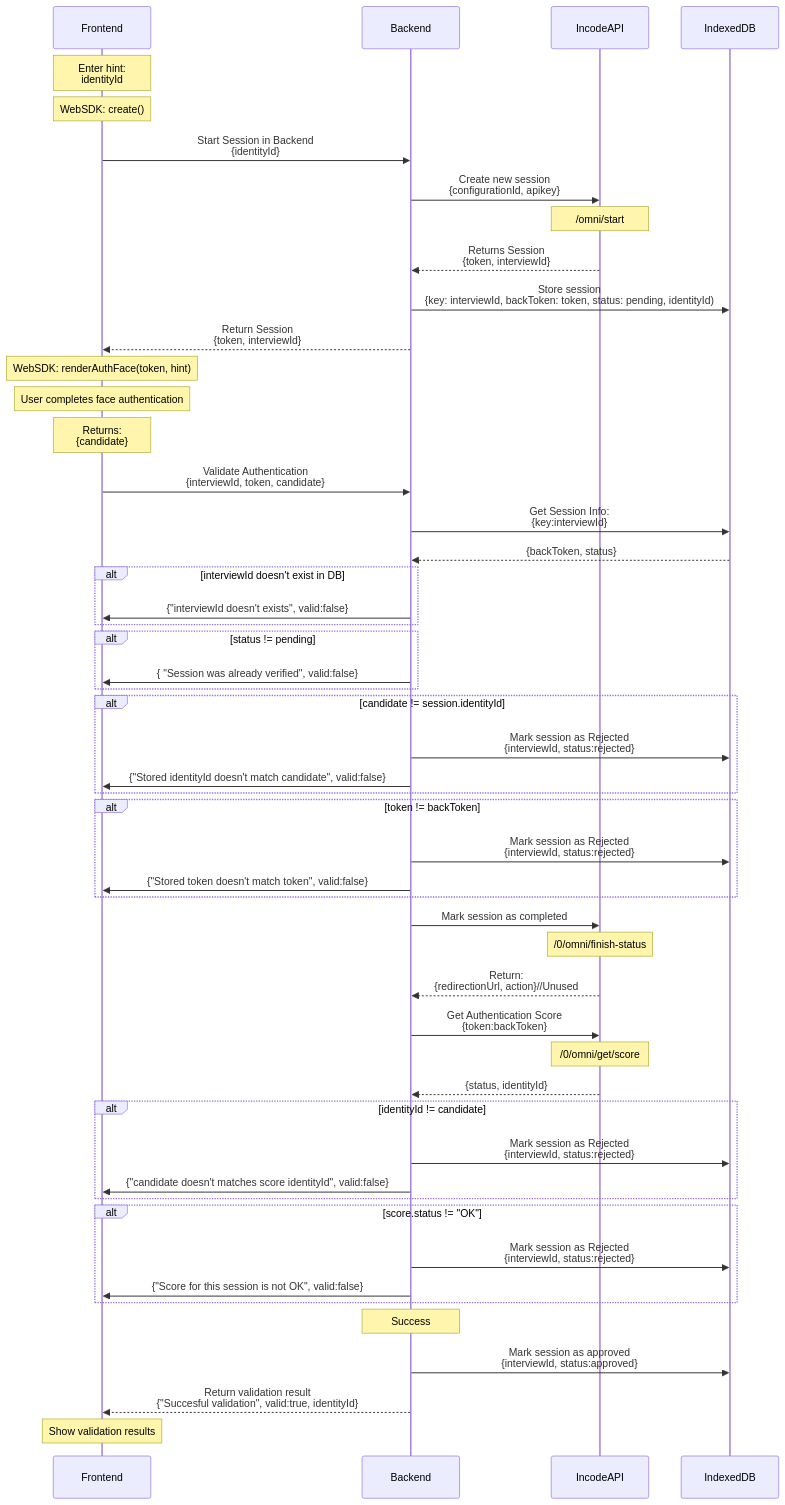
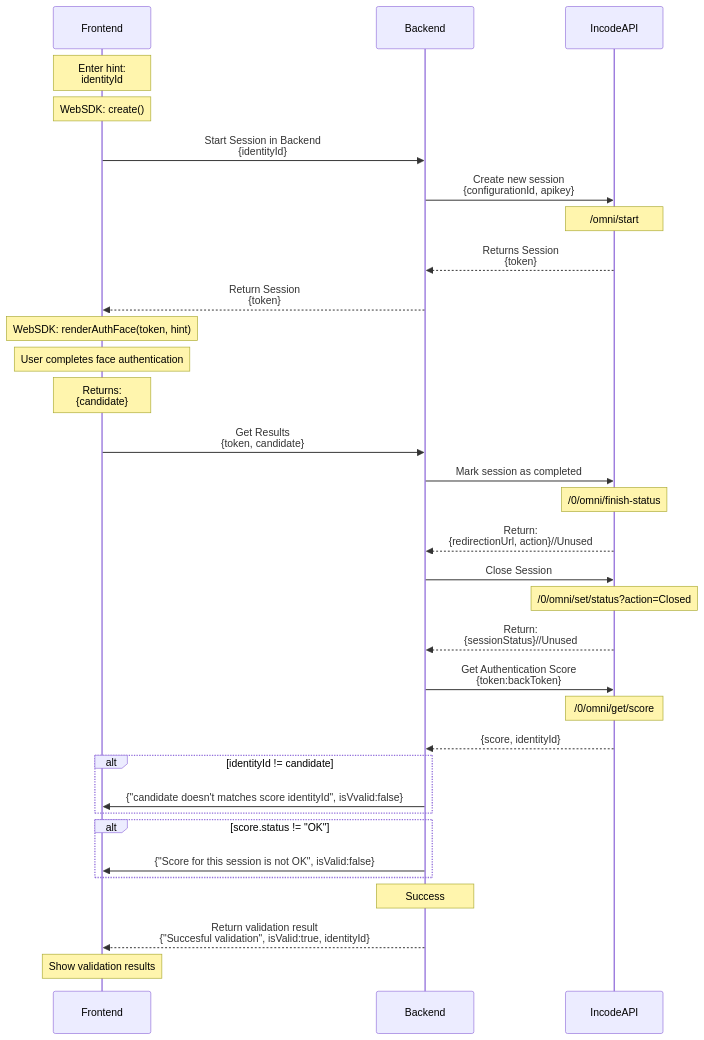
Before and after one commit to Incode-Technologies-Example-Repos/authentication-core-javascript: the diagram in README.md, drawn with Mermaid. The commit also changed 3 other files, not shown here.

Commit message:
* not sending token

````diff
--- a/README.md
+++ b/README.md
@@ -18,59 +18,43 @@
 ```mermaid
 sequenceDiagram
     participant Frontend
     participant Backend
     participant IncodeAPI
-    participant IndexedDB
 
-    Note over Frontend: Enter hint:<br> identityId
+    Note over Frontend: Enter hint:<br>identityId
     Note over Frontend: WebSDK: create()
     Frontend->>Backend: Start Session in Backend<br>{identityId}
     Backend->>IncodeAPI: Create new session<br>{configurationId, apikey}
     Note over IncodeAPI: /omni/start
-    IncodeAPI-->>Backend: Returns Session<br>{token, interviewId}
-    Backend->>IndexedDB: Store session<br>{key: interviewId, backToken: token, status: pending, identityId)
-    Backend-->>Frontend: Return Session<br>{token, interviewId}
+    IncodeAPI-->>Backend: Returns Session<br>{token}
+    Backend-->>Frontend: Return Session<br>{token}
 
     Note over Frontend: WebSDK: renderAuthFace(token, hint)
     Note over Frontend: User completes face authentication
     Note over Frontend:Returns:<br>{candidate}
 
-    Frontend->>Backend: Validate Authentication<br>{interviewId, token, candidate}
-    Backend->>IndexedDB: Get Session Info:<br>{key:interviewId}
-    IndexedDB-->>Backend:  {backToken, status}
-    alt interviewId doesn't exist in DB
-      Backend->>Frontend: {"interviewId doesn't exists", valid:false}
-    end
-    alt status != pending
-      Backend->>Frontend: { "Session was already verified", valid:false}
-    end
-    alt candidate != session.identityId
-      Backend->>IndexedDB: Mark session as Rejected<br>{interviewId, status:rejected}
-      Backend->>Frontend: {"Stored identityId doesn't match candidate", valid:false}
-    end
-    alt token != backToken
-      Backend->>IndexedDB: Mark session as Rejected<br>{interviewId, status:rejected}
-      Backend->>Frontend: {"Stored token doesn't match token", valid:false}
-    end
-   
+    Frontend->>Backend: Get Results<br>{token, candidate}
+  
     Backend->>IncodeAPI: Mark session as completed
     Note over IncodeAPI: /0/omni/finish-status
     IncodeAPI-->>Backend: Return:<br>{redirectionUrl, action}//Unused
 
+    Backend->>IncodeAPI: Close Session
+    Note over IncodeAPI: /0/omni/set/status?action=Closed
+    IncodeAPI-->>Backend: Return:<br>{sessionStatus}//Unused
+
     Backend->>IncodeAPI: Get Authentication Score<br>{token:backToken}
     Note over IncodeAPI: /0/omni/get/score
-    IncodeAPI-->>Backend: {status, identityId}
+    IncodeAPI-->>Backend: {score, identityId}
     alt identityId != candidate
-      Backend->>IndexedDB: Mark session as Rejected<br>{interviewId, status:rejected}
-      Backend->>Frontend: {"candidate doesn't matches score identityId", valid:false}
+      Backend->>Frontend: {"candidate doesn't matches score identityId", isVvalid:false}
     end
+    
     alt score.status != "OK"
-      Backend->>IndexedDB: Mark session as Rejected<br>{interviewId, status:rejected}
-      Backend->>Frontend: {"Score for this session is not OK", valid:false}
+      Backend->>Frontend: {"Score for this session is not OK", isValid:false}
     end
 
     Note over Backend: Success
-    Backend->>IndexedDB: Mark session as approved<br>{interviewId, status:approved}
-    Backend-->>Frontend: Return validation result<br>{"Succesful validation", valid:true, identityId}
+    Backend-->>Frontend: Return validation result<br>{"Succesful validation", isValid:true, identityId}
     Note over Frontend: Show validation results
 ```
````
